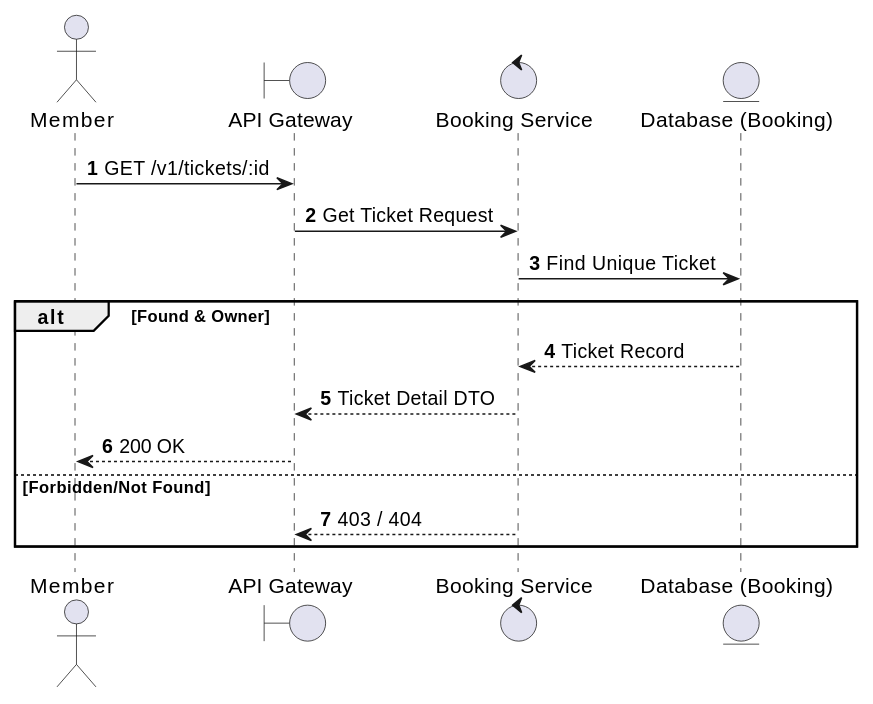
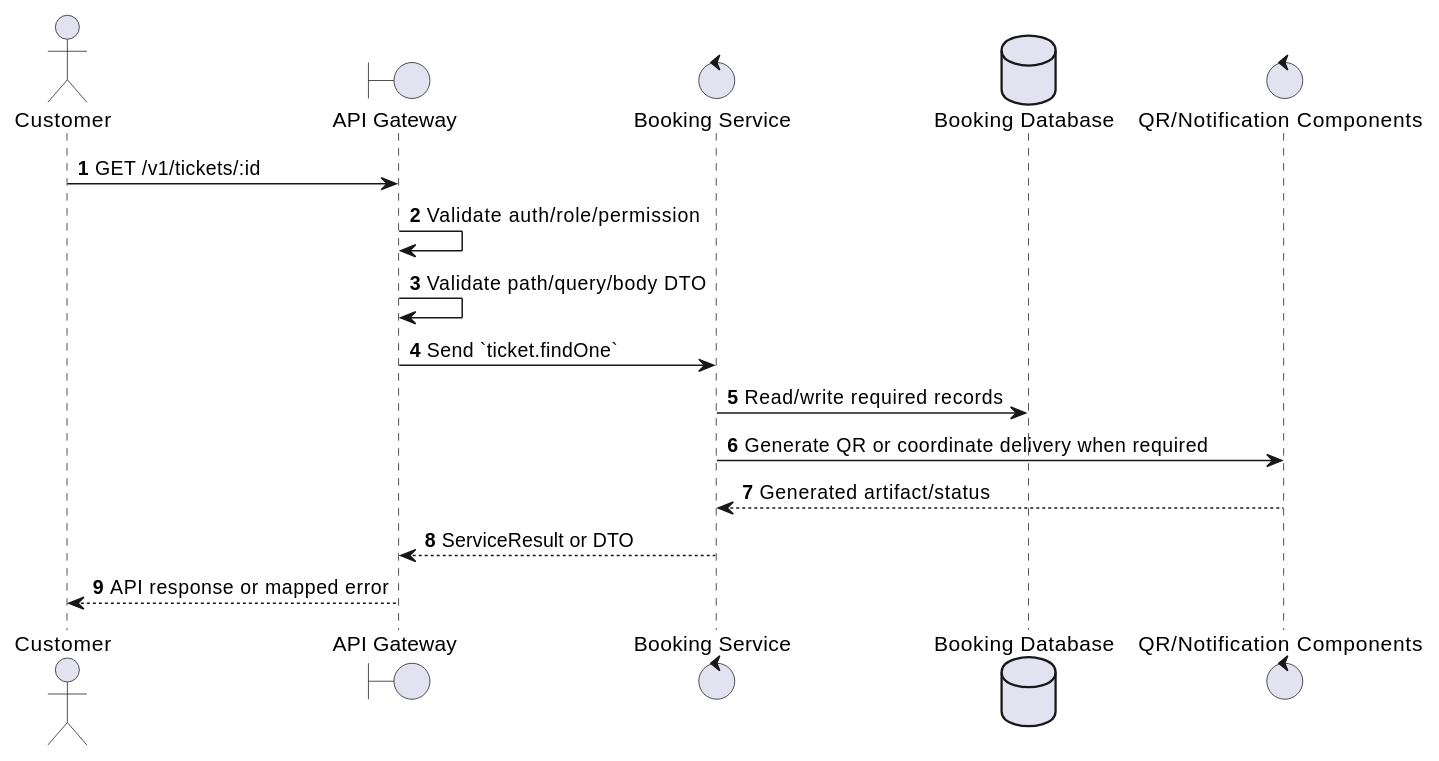
Before and after one commit to Tanh1603/movie-hub-architecture: the first of 2 diagrams in docs/functional_specs/3.7_Ticket_Management_Module/TK-01_Get_Ticket_Details.md, drawn with PlantUML. The commit also changed other lines of this file and 126 other files, not shown here.

````diff
--- a/docs/functional_specs/3.7_Ticket_Management_Module/TK-01_Get_Ticket_Details.md
+++ b/docs/functional_specs/3.7_Ticket_Management_Module/TK-01_Get_Ticket_Details.md
@@ -17,20 +17,20 @@
 ```plantuml
 @startuml
 autonumber
-actor Member
+actor "Customer" as Actor
 boundary "API Gateway" as GW
-control "Booking Service" as BS
-entity "Database (Booking)" as DB
+control "Booking Service" as SVC
+database "Booking Database" as DB
+control "QR/Notification Components" as EXT
 
-Member -> GW: GET /v1/tickets/:id
-GW -> BS: Get Ticket Request
-BS -> DB: Find Unique Ticket
-alt Found & Owner
-    DB --> BS: Ticket Record
-    BS --> GW: Ticket Detail DTO
-    GW --> Member: 200 OK
-else Forbidden/Not Found
-    BS --> GW: 403 / 404
-end
+Actor -> GW: GET /v1/tickets/:id
+GW -> GW: Validate auth/role/permission
+GW -> GW: Validate path/query/body DTO
+GW -> SVC: Send `ticket.findOne`
+SVC -> DB: Read/write required records
+SVC -> EXT: Generate QR or coordinate delivery when required
+EXT --> SVC: Generated artifact/status
+SVC --> GW: ServiceResult or DTO
+GW --> Actor: API response or mapped error
 @enduml
 ```
````
